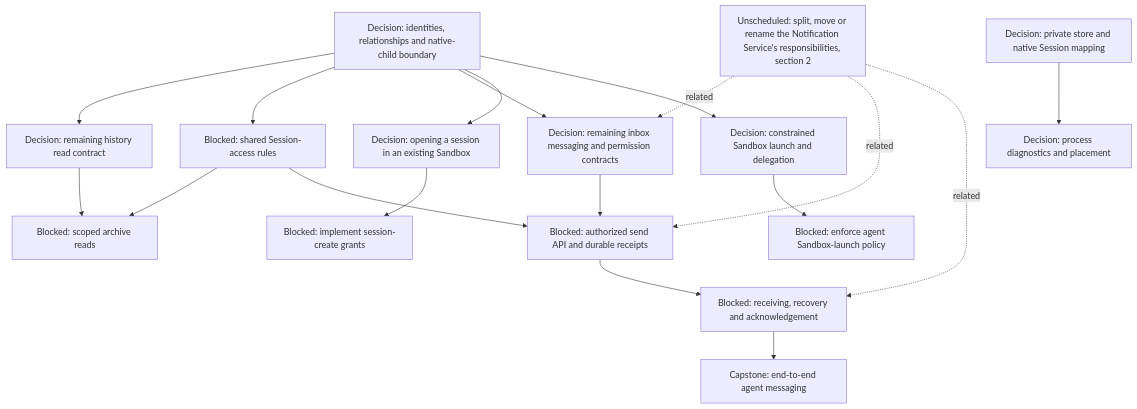
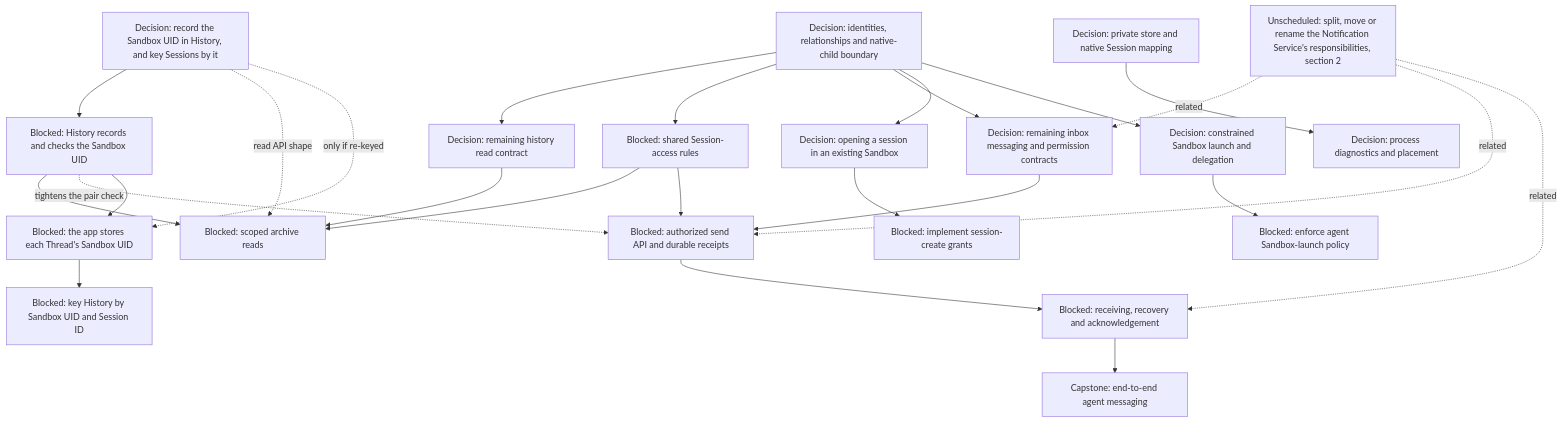
One commit to agentydragon-agent/ducktape changed the fifth of 16 diagrams in agentplane/plans/task_dag.md. Above: the diagram before and after it, drawn with Mermaid. The commit also changed other lines of this file and 2 other files, not shown here.

````diff
--- a/agentplane/plans/task_dag.md
+++ b/agentplane/plans/task_dag.md
@@ -249,34 +249,45 @@
 ```mermaid
 flowchart TD
     MULTIAGENT_MODEL[Decision: identities, relationships and native-child boundary]
     SESSION_ACCESS_RULES[Blocked: shared Session-access rules]
     THREAD_READ_POLICY_DESIGN[Decision: remaining history read contract]
     THREAD_READ_POLICY[Blocked: scoped archive reads]
+    HISTORY_SESSION_KEY_DESIGN[Decision: record the Sandbox UID in History, and key Sessions by it]
+    HISTORY_SANDBOX_UID[Blocked: History records and checks the Sandbox UID]
+    APP_THREAD_SANDBOX_UID[Blocked: the app stores each Thread's Sandbox UID]
+    HISTORY_SESSION_REKEY[Blocked: key History by Sandbox UID and Session ID]
     AGENT_MESSAGING_DESIGN[Decision: remaining inbox messaging and permission contracts]
     AGENT_MESSAGE_INGRESS[Blocked: authorized send API and durable receipts]
     AGENT_MESSAGE_RECEPTION[Blocked: receiving, recovery and acknowledgement]
     AGENT_MESSAGING[Capstone: end-to-end agent messaging]
     THREAD_CREATE_POLICY[Decision: opening a session in an existing Sandbox]
     THREAD_CREATE_AUTHORIZATION[Blocked: implement session-create grants]
     AGENT_LAUNCH_POLICY_DESIGN[Decision: constrained Sandbox launch and delegation]
     AGENT_SANDBOX_LAUNCH[Blocked: enforce agent Sandbox-launch policy]
     MULTIAGENT_MODEL --> THREAD_READ_POLICY_DESIGN
     MULTIAGENT_MODEL --> SESSION_ACCESS_RULES
     MULTIAGENT_MODEL --> AGENT_MESSAGING_DESIGN
     MULTIAGENT_MODEL --> THREAD_CREATE_POLICY
     MULTIAGENT_MODEL --> AGENT_LAUNCH_POLICY_DESIGN
     THREAD_READ_POLICY_DESIGN --> THREAD_READ_POLICY
     SESSION_ACCESS_RULES --> THREAD_READ_POLICY
+    HISTORY_SESSION_KEY_DESIGN --> HISTORY_SANDBOX_UID
+    HISTORY_SESSION_KEY_DESIGN -. read API shape .-> THREAD_READ_POLICY
+    HISTORY_SESSION_KEY_DESIGN -. only if re-keyed .-> APP_THREAD_SANDBOX_UID
+    HISTORY_SANDBOX_UID --> THREAD_READ_POLICY
+    HISTORY_SANDBOX_UID -. tightens the pair check .-> AGENT_MESSAGE_INGRESS
+    HISTORY_SANDBOX_UID --> APP_THREAD_SANDBOX_UID
+    APP_THREAD_SANDBOX_UID --> HISTORY_SESSION_REKEY
     SESSION_ACCESS_RULES --> AGENT_MESSAGE_INGRESS
     AGENT_MESSAGING_DESIGN --> AGENT_MESSAGE_INGRESS
     AGENT_MESSAGE_INGRESS --> AGENT_MESSAGE_RECEPTION
     NOTIFICATION_SERVICE_SPLIT[Unscheduled: split, move or rename the Notification Service's responsibilities, section 2] -. related .-> AGENT_MESSAGING_DESIGN
     NOTIFICATION_SERVICE_SPLIT -. related .-> AGENT_MESSAGE_INGRESS
     NOTIFICATION_SERVICE_SPLIT -. related .-> AGENT_MESSAGE_RECEPTION
     AGENT_MESSAGE_RECEPTION --> AGENT_MESSAGING
     THREAD_CREATE_POLICY --> THREAD_CREATE_AUTHORIZATION
     AGENT_LAUNCH_POLICY_DESIGN --> AGENT_SANDBOX_LAUNCH
     RUNNER_HARNESS_OBJECTS_DESIGN[Decision: process diagnostics and placement]
     HARNESS_IDENTITY_DESIGN[Decision: private store and native Session mapping]
     HARNESS_IDENTITY_DESIGN --> RUNNER_HARNESS_OBJECTS_DESIGN
 ```
````
